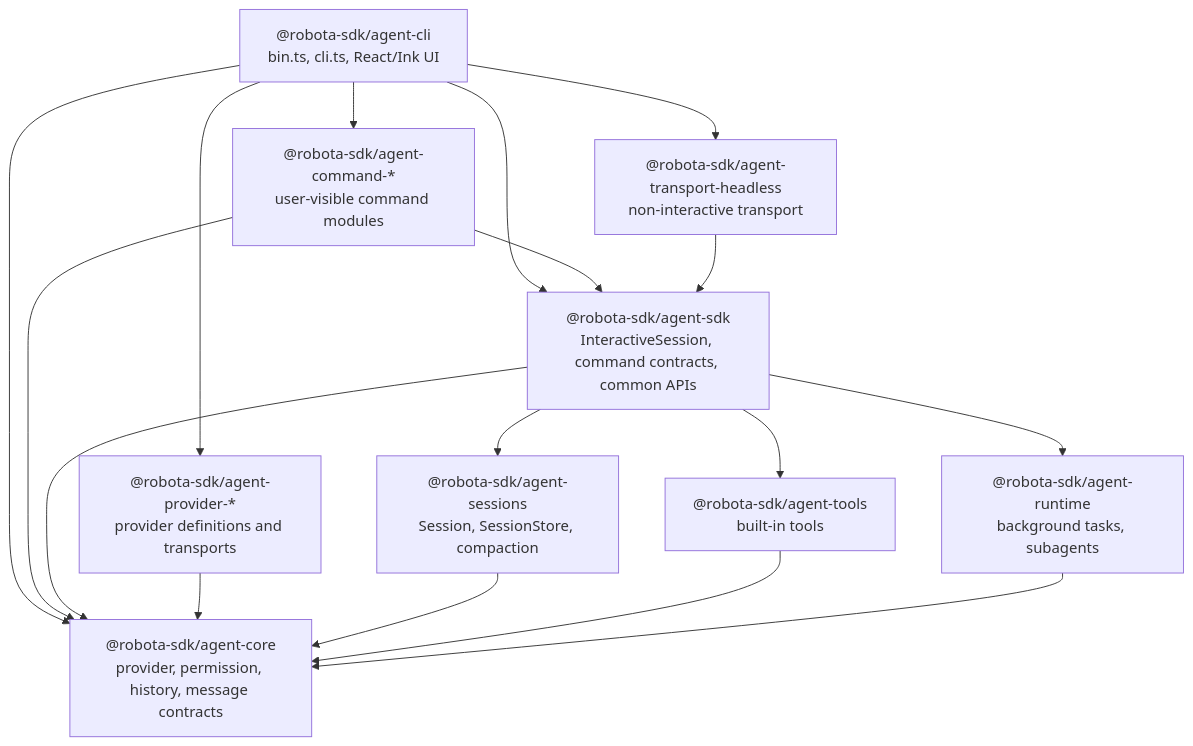
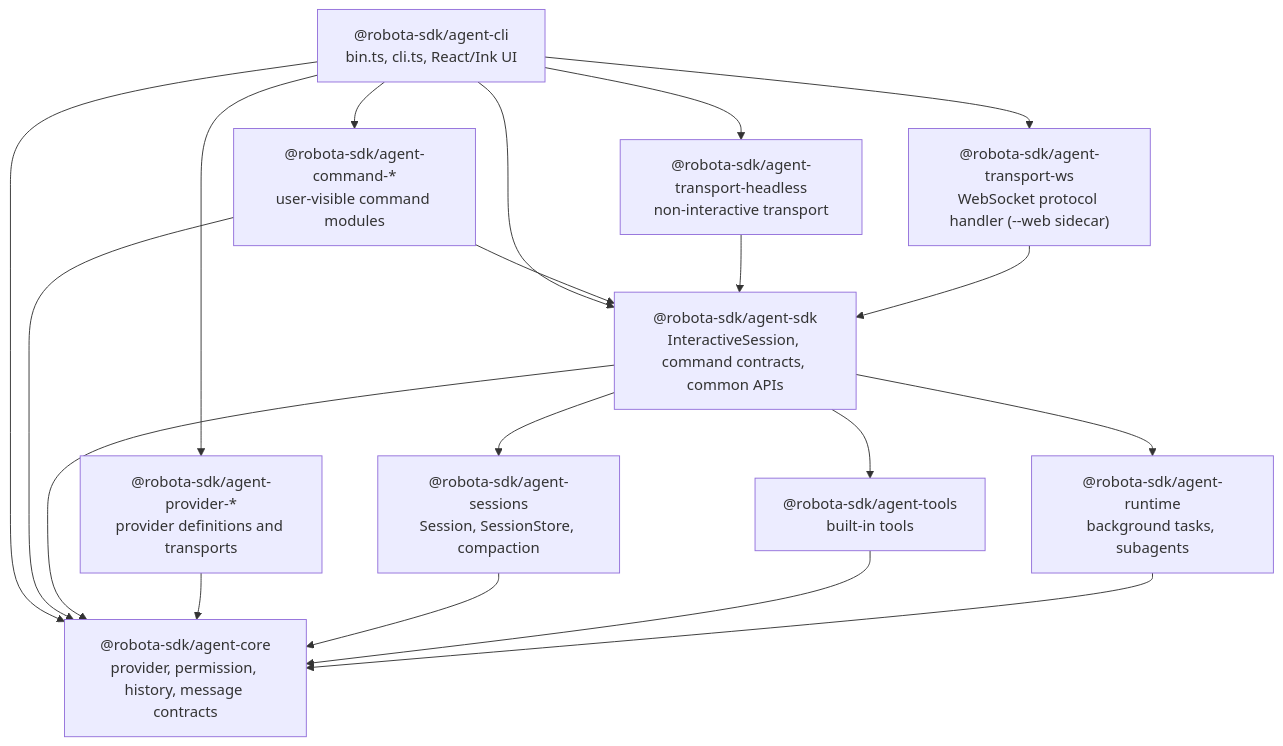
One commit to woojubb/robota changed the diagram in .agents/specs/architecture-map/agent-cli/target-architecture.md. Above: the diagram before and after it, drawn with Mermaid. The commit also changed other lines of this file and 14 other files, not shown here.

First line of the commit message:
docs(arch-fix): register web sidecar, agent-server OpenAPI, and agent-web SPEC (ARCH-FIX-007/008/009)

````diff
--- a/.agents/specs/architecture-map/agent-cli/target-architecture.md
+++ b/.agents/specs/architecture-map/agent-cli/target-architecture.md
@@ -102,32 +102,35 @@
 ```mermaid
 flowchart TD
   CLI["@robota-sdk/agent-cli\nbin.ts, cli.ts, React/Ink UI"]
   SDK["@robota-sdk/agent-sdk\nInteractiveSession, command contracts, common APIs"]
   Commands["@robota-sdk/agent-command-*\nuser-visible command modules"]
   Core["@robota-sdk/agent-core\nprovider, permission, history, message contracts"]
   Sessions["@robota-sdk/agent-sessions\nSession, SessionStore, compaction"]
   Tools["@robota-sdk/agent-tools\nbuilt-in tools"]
   Runtime["@robota-sdk/agent-runtime\nbackground tasks, subagents"]
   Providers["@robota-sdk/agent-provider-*\nprovider definitions and transports"]
   Headless["@robota-sdk/agent-transport-headless\nnon-interactive transport"]
+  WsTransport["@robota-sdk/agent-transport-ws\nWebSocket protocol handler (--web sidecar)"]
 
   CLI --> SDK
   CLI --> Commands
   CLI --> Providers
   CLI --> Core
   CLI --> Headless
+  CLI --> WsTransport
 
   Commands --> SDK
   Commands --> Core
 
   SDK --> Sessions
   SDK --> Tools
   SDK --> Runtime
   SDK --> Core
 
   Providers --> Core
   Sessions --> Core
   Tools --> Core
   Runtime --> Core
   Headless --> SDK
+  WsTransport --> SDK
 ```
````
